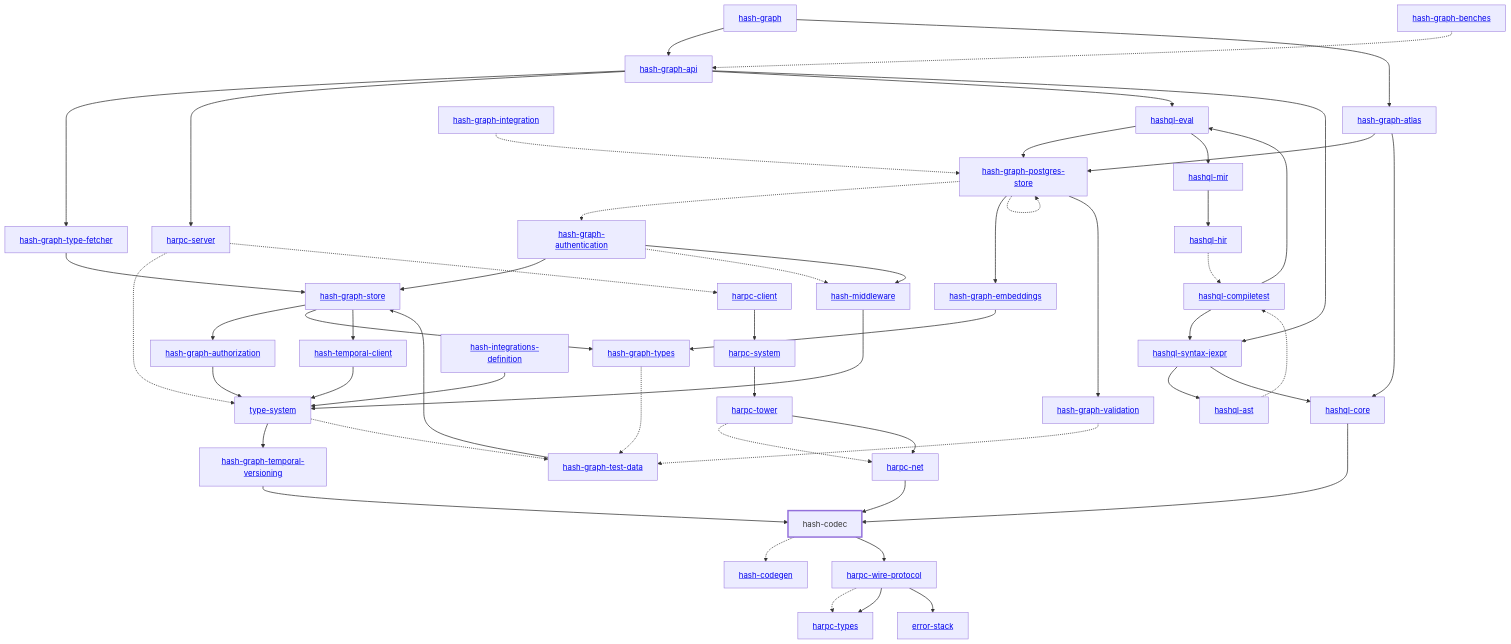
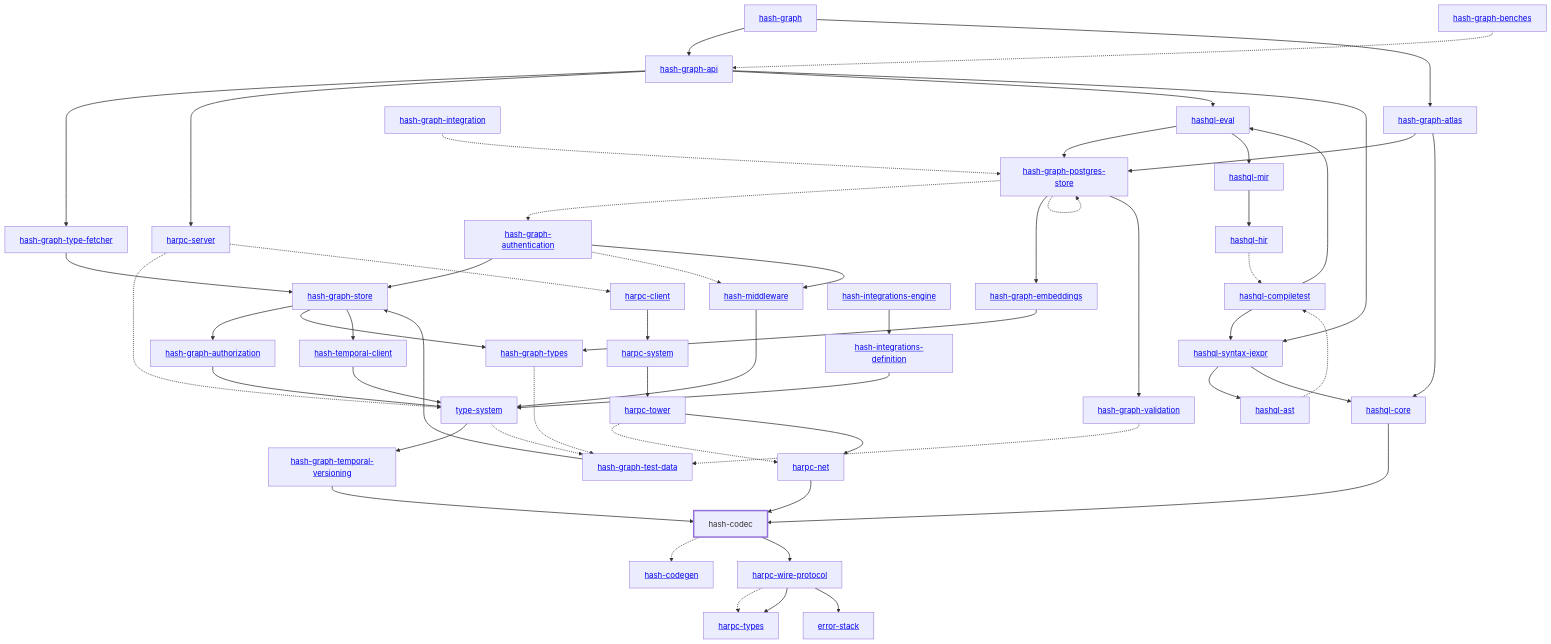
Before and after one commit to hashintel/hash: the diagram in libs/@local/codec/rust/docs/dependency-diagram.mmd, drawn with Mermaid. The commit also changed 19 other files, not shown here.

```diff
--- a/libs/@local/codec/rust/docs/dependency-diagram.mmd
+++ b/libs/@local/codec/rust/docs/dependency-diagram.mmd
@@ -1,101 +1,103 @@
 graph TD
     linkStyle default stroke-width:1.5px
     classDef default stroke-width:1px
     classDef root stroke-width:3px
     classDef dev stroke-width:1px
     classDef build stroke-width:1px
     %% Legend
     %% --> : Normal dependency
     %% -.-> : Dev dependency
     %% ---> : Build dependency
     0[<a href="../hash_graph/index.html">hash-graph</a>]
     1[<a href="../type_system/index.html">type-system</a>]
     2[hash-codec]
     class 2 root
     3[<a href="../hash_codegen/index.html">hash-codegen</a>]
     4[<a href="../hash_graph_api/index.html">hash-graph-api</a>]
     5[<a href="../hash_graph_atlas/index.html">hash-graph-atlas</a>]
     6[<a href="../hash_graph_authentication/index.html">hash-graph-authentication</a>]
     7[<a href="../hash_graph_authorization/index.html">hash-graph-authorization</a>]
     8[<a href="../hash_graph_embeddings/index.html">hash-graph-embeddings</a>]
     9[<a href="../hash_graph_postgres_store/index.html">hash-graph-postgres-store</a>]
     10[<a href="../hash_graph_store/index.html">hash-graph-store</a>]
     11[<a href="../hash_graph_temporal_versioning/index.html">hash-graph-temporal-versioning</a>]
     12[<a href="../hash_graph_type_fetcher/index.html">hash-graph-type-fetcher</a>]
     13[<a href="../hash_graph_types/index.html">hash-graph-types</a>]
     14[<a href="../hash_graph_validation/index.html">hash-graph-validation</a>]
     15[<a href="../harpc_client/index.html">harpc-client</a>]
     16[<a href="../harpc_net/index.html">harpc-net</a>]
     17[<a href="../harpc_server/index.html">harpc-server</a>]
     18[<a href="../harpc_system/index.html">harpc-system</a>]
     19[<a href="../harpc_tower/index.html">harpc-tower</a>]
     20[<a href="../harpc_types/index.html">harpc-types</a>]
     21[<a href="../harpc_wire_protocol/index.html">harpc-wire-protocol</a>]
     22[<a href="../hashql_ast/index.html">hashql-ast</a>]
     23[<a href="../hashql_compiletest/index.html">hashql-compiletest</a>]
     24[<a href="../hashql_core/index.html">hashql-core</a>]
     25[<a href="../hashql_eval/index.html">hashql-eval</a>]
     26[<a href="../hashql_hir/index.html">hashql-hir</a>]
     27[<a href="../hashql_mir/index.html">hashql-mir</a>]
     28[<a href="../hashql_syntax_jexpr/index.html">hashql-syntax-jexpr</a>]
     29[<a href="../hash_integrations_definition/index.html">hash-integrations-definition</a>]
-    30[<a href="../hash_middleware/index.html">hash-middleware</a>]
-    31[<a href="../hash_temporal_client/index.html">hash-temporal-client</a>]
-    32[<a href="../error_stack/index.html">error-stack</a>]
-    33[<a href="../hash_graph_benches/index.html">hash-graph-benches</a>]
-    34[<a href="../hash_graph_integration/index.html">hash-graph-integration</a>]
-    35[<a href="../hash_graph_test_data/index.html">hash-graph-test-data</a>]
+    30[<a href="../hash_integrations_engine/index.html">hash-integrations-engine</a>]
+    31[<a href="../hash_middleware/index.html">hash-middleware</a>]
+    32[<a href="../hash_temporal_client/index.html">hash-temporal-client</a>]
+    33[<a href="../error_stack/index.html">error-stack</a>]
+    34[<a href="../hash_graph_benches/index.html">hash-graph-benches</a>]
+    35[<a href="../hash_graph_integration/index.html">hash-graph-integration</a>]
+    36[<a href="../hash_graph_test_data/index.html">hash-graph-test-data</a>]
     0 --> 4
     0 --> 5
     1 --> 11
-    1 -.-> 35
+    1 -.-> 36
     2 -.-> 3
     2 --> 21
     4 --> 12
     4 --> 17
     4 --> 25
     4 --> 28
     5 --> 9
     5 --> 24
     6 --> 10
-    6 -.-> 30
-    6 --> 30
+    6 -.-> 31
+    6 --> 31
     7 --> 1
     8 --> 13
     9 -.-> 6
     9 --> 8
     9 -.-> 9
     9 --> 14
     10 --> 7
     10 --> 13
-    10 --> 31
+    10 --> 32
     11 --> 2
     12 --> 10
-    13 -.-> 35
-    14 -.-> 35
+    13 -.-> 36
+    14 -.-> 36
     15 --> 18
     16 --> 2
     17 -.-> 1
     17 -.-> 15
     18 --> 19
     19 -.-> 16
     19 --> 16
     21 -.-> 20
     21 --> 20
-    21 --> 32
+    21 --> 33
     22 -.-> 23
     23 --> 25
     23 --> 28
     24 --> 2
     25 --> 9
     25 --> 27
     26 -.-> 23
     27 --> 26
     28 --> 22
     28 --> 24
     29 --> 1
-    30 --> 1
+    30 --> 29
     31 --> 1
-    33 -.-> 4
-    34 -.-> 9
-    35 --> 10
+    32 --> 1
+    34 -.-> 4
+    35 -.-> 9
+    36 --> 10
```
